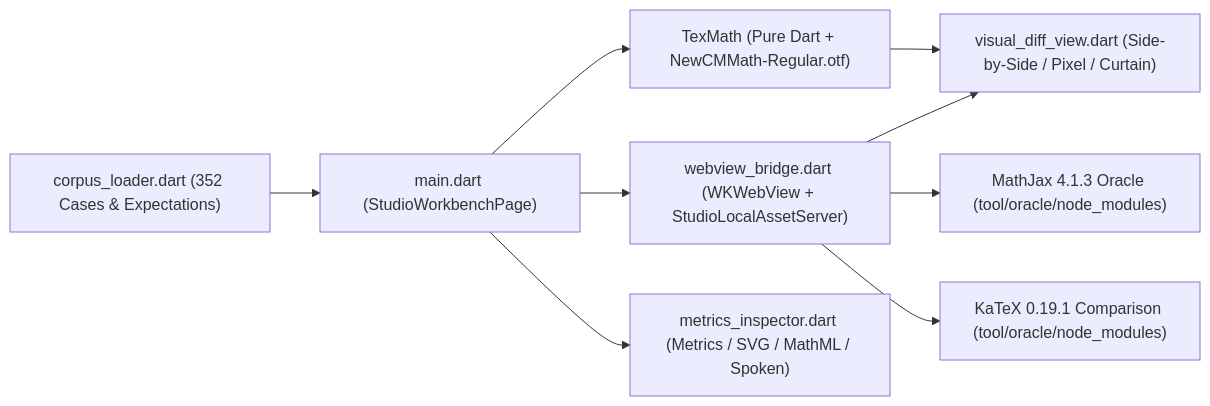
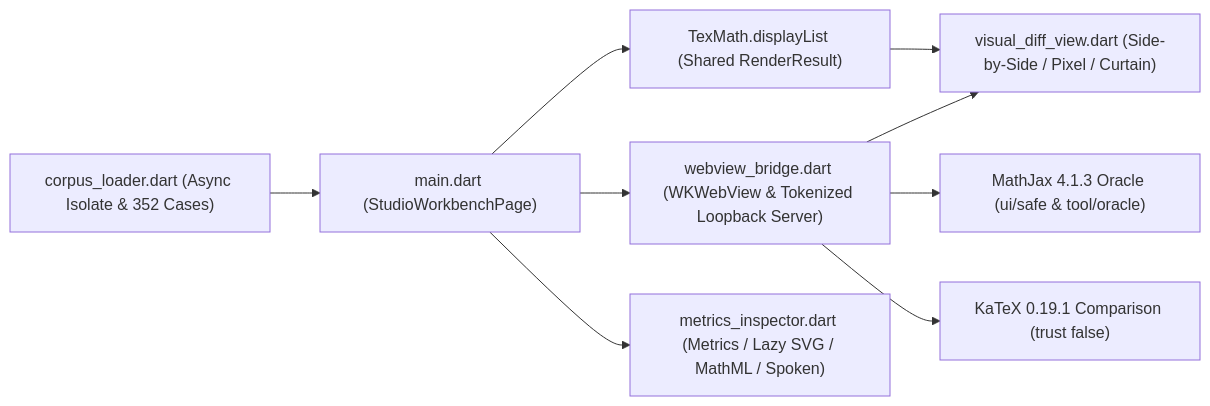
Before and after one commit to tkinnis/tex_math: the diagram in doc/STUDIO_GUIDE.md, drawn with Mermaid. The commit also changed other lines of this file and 16 other files, not shown here.

````diff
--- a/doc/STUDIO_GUIDE.md
+++ b/doc/STUDIO_GUIDE.md
@@ -9,11 +9,11 @@
 ```mermaid
 flowchart LR
-  Loader["corpus_loader.dart (352 Cases & Expectations)"] --> App["main.dart (StudioWorkbenchPage)"]
-  App --> DartPane["TexMath (Pure Dart + NewCMMath-Regular.otf)"]
-  App --> Bridge["webview_bridge.dart (WKWebView + StudioLocalAssetServer)"]
-  Bridge --> MjPane["MathJax 4.1.3 Oracle (tool/oracle/node_modules)"]
-  Bridge --> KxPane["KaTeX 0.19.1 Comparison (tool/oracle/node_modules)"]
+  Loader["corpus_loader.dart (Async Isolate & 352 Cases)"] --> App["main.dart (StudioWorkbenchPage)"]
+  App --> DartPane["TexMath.displayList (Shared RenderResult)"]
+  App --> Bridge["webview_bridge.dart (WKWebView & Tokenized Loopback Server)"]
+  Bridge --> MjPane["MathJax 4.1.3 Oracle (ui/safe & tool/oracle)"]
+  Bridge --> KxPane["KaTeX 0.19.1 Comparison (trust false)"]
   DartPane --> Diff["visual_diff_view.dart (Side-by-Side / Pixel / Curtain)"]
   Bridge --> Diff
-  App --> Inspector["metrics_inspector.dart (Metrics / SVG / MathML / Spoken)"]
+  App --> Inspector["metrics_inspector.dart (Metrics / Lazy SVG / MathML / Spoken)"]
 ```
````
